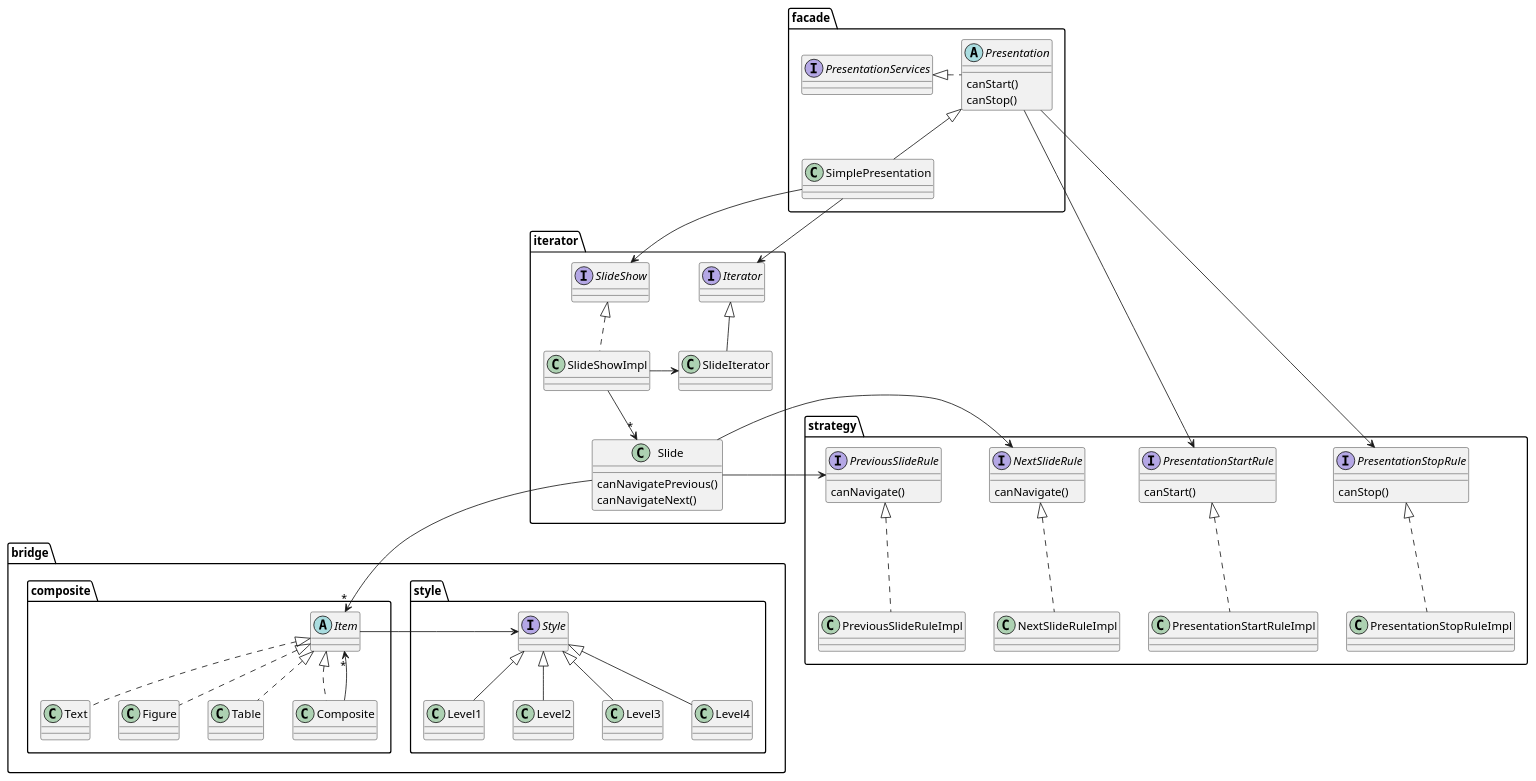
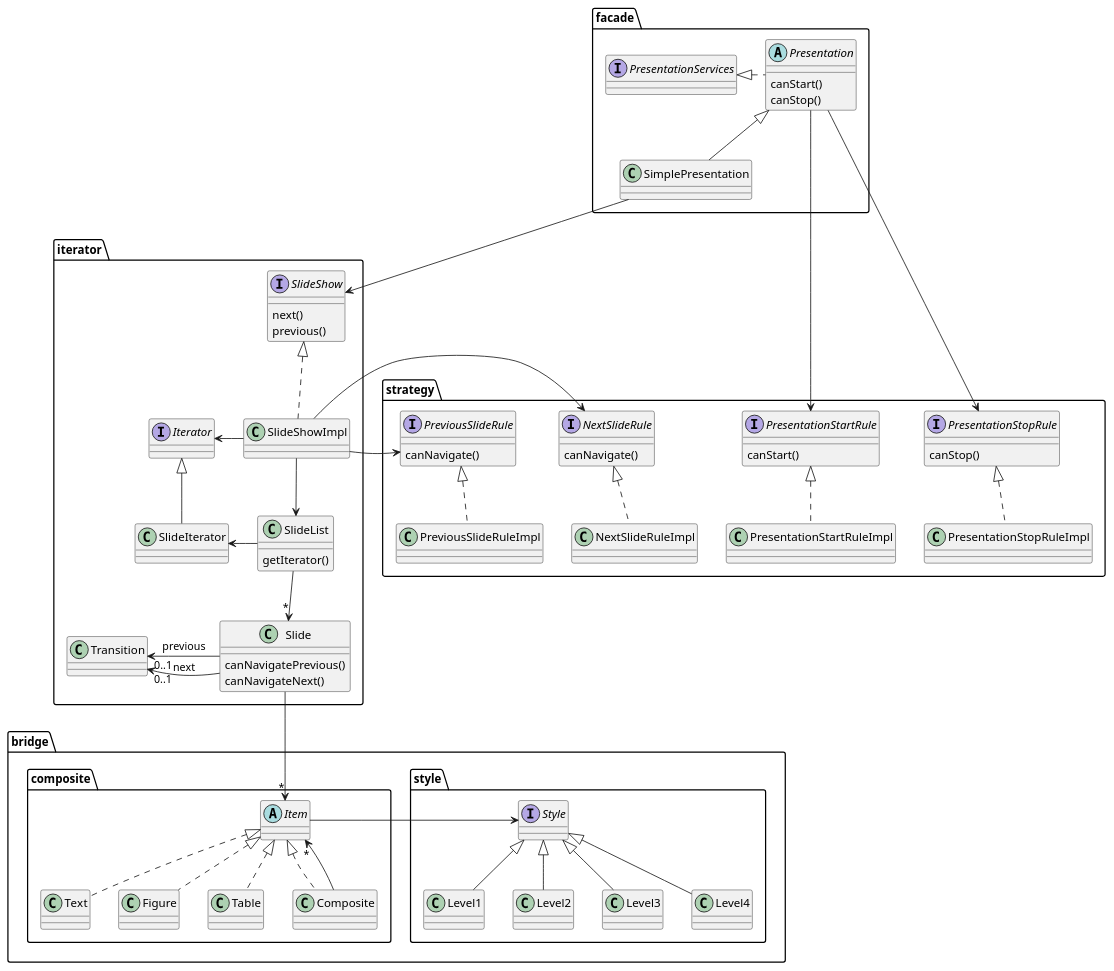
Before and after one commit to luukbuit/design-for-change: the diagram in classdiagram.puml, drawn with PlantUML. The commit also changed 1 other file, not shown here.

Commit message:
Slide can have a previous and next transition, Iterator within slideshow.

```diff
--- a/classdiagram.puml
+++ b/classdiagram.puml
@@ -1,86 +1,95 @@
 @startuml
 
 package facade {
 
     Interface PresentationServices
     Abstract Class Presentation
     Presentation : canStart()
     Presentation : canStop()
     Presentation .left.|> PresentationServices
     SimplePresentation -up-|> Presentation
 }
 
 
 package bridge {
 
     package style {
         Interface Style
         Level1 -up-|> Style
         Level2 -up-|> Style
         Level3 -up-|> Style
         Level4 -up-|> Style
 
     }
 
     package composite {
 
         Abstract Class Item
 
         Text .up.|> Item
         Figure .up.|> Item
         Table .up.|> Item
         Composite .up.|> Item
         Composite -up-> "*" Item
 
         Item -right-> Style
 
     }
 
 }
 
 package iterator {
 
     Interface SlideShow
     Interface Iterator
 
     SlideShowImpl .up.|> SlideShow
     SlideIterator -up-|> Iterator
     Slide -down-> "*" Item
-    SlideShowImpl -right-> SlideIterator
-    SlideShowImpl --> "*" Slide
+    SlideShowImpl -down-> SlideList
+    SlideShowImpl -left-> Iterator
+    SlideList -left-> SlideIterator
+    SlideList --> "*" Slide
 
     Slide : canNavigatePrevious()
     Slide : canNavigateNext()
+
+    SlideShow : next()
+    SlideShow : previous()
+
+    SlideList : getIterator()
+
+    Slide -left-> "0..1" Transition : next
+    Slide -left-> "0..1" Transition : previous
 
 }
 
 package strategy {
 
     Interface PresentationStartRule
     PresentationStartRule : canStart()
     Presentation -right-> PresentationStartRule
     PresentationStartRuleImpl .up.|> PresentationStartRule
 
     Interface PresentationStopRule
     PresentationStopRule : canStop()
     Presentation -right-> PresentationStopRule
     PresentationStopRuleImpl .up.|> PresentationStopRule
 
     Interface NextSlideRule
     NextSlideRule : canNavigate()
-    Slide -right-> NextSlideRule
+    SlideShowImpl -right-> NextSlideRule
     NextSlideRuleImpl .up.|> NextSlideRule
 
     Interface PreviousSlideRule
     PreviousSlideRule : canNavigate()
-    Slide -right-> PreviousSlideRule
+    SlideShowImpl -right-> PreviousSlideRule
     PreviousSlideRuleImpl .up.|> PreviousSlideRule
 
 
 }
 
 
 SimplePresentation --> SlideShow
-SimplePresentation --> Iterator
 
 @enduml
```
